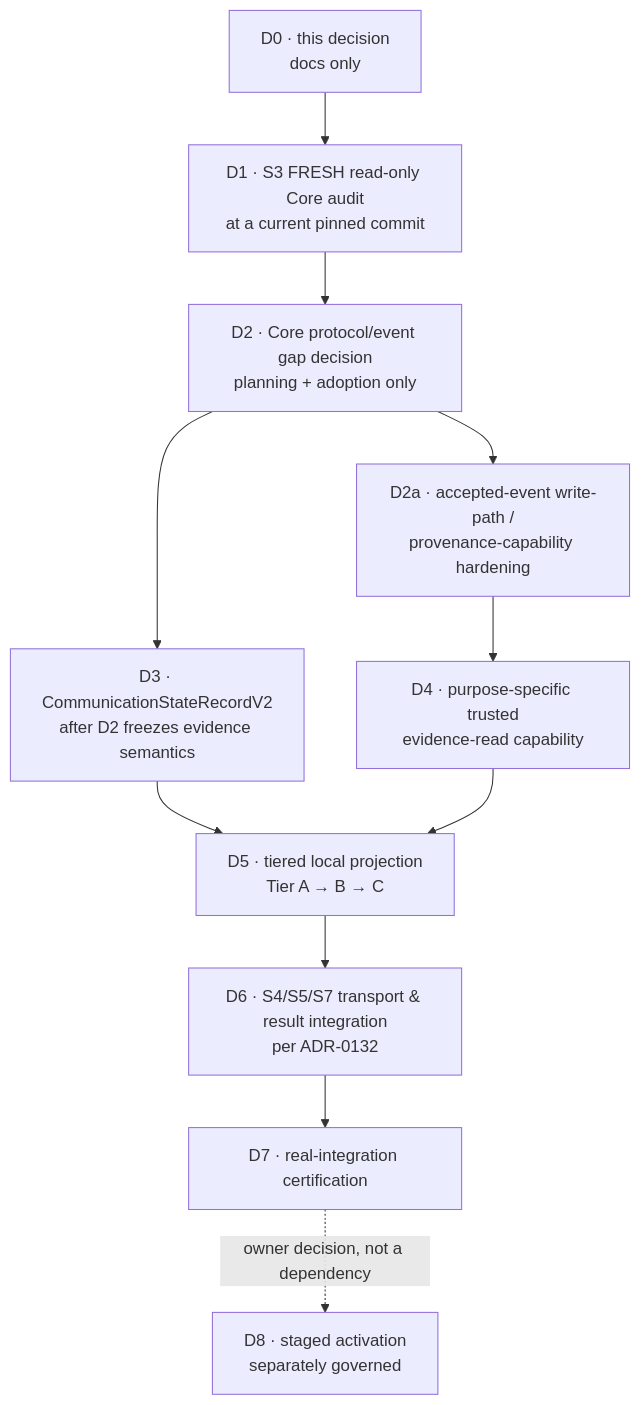
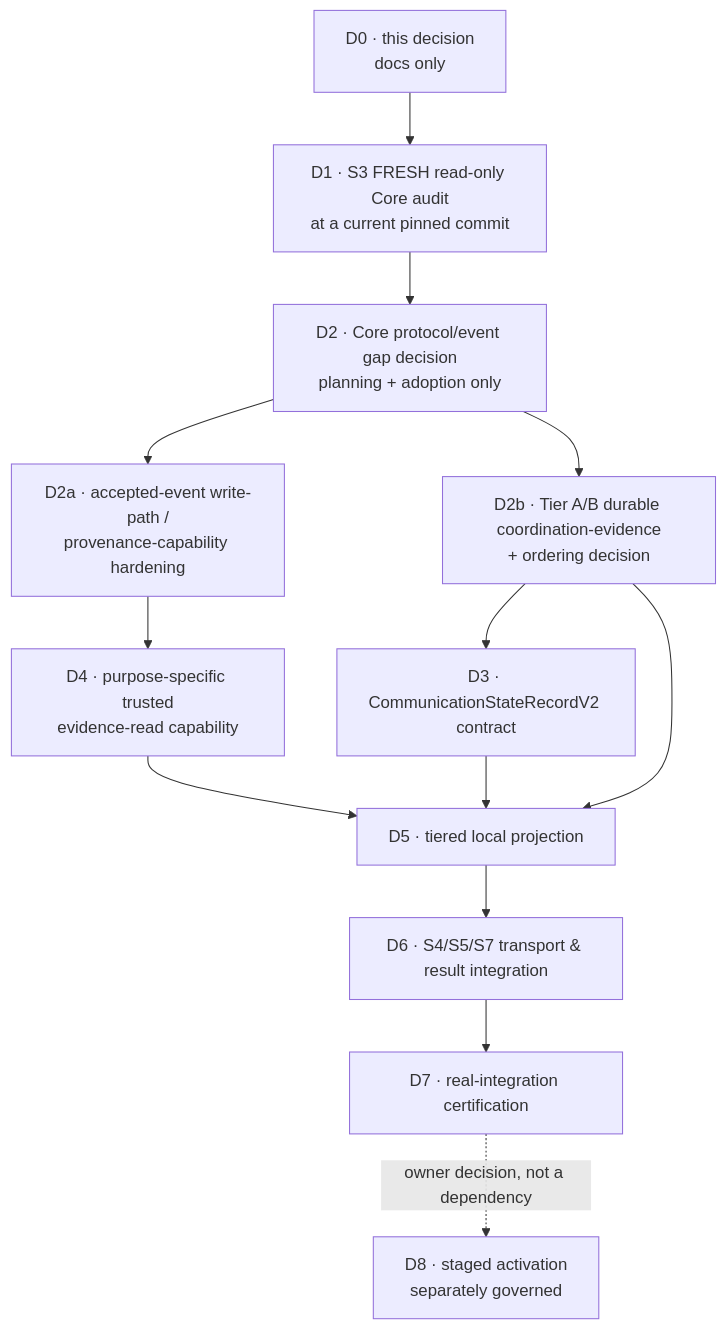
The diagram in docs/architecture/communication-state-projection-v2-design.md (quickfurno-maker/qf-jarvis), drawn with Mermaid before and after one commit. The commit also changed other lines of this file and 4 other files, not shown here.

````diff
--- a/docs/architecture/communication-state-projection-v2-design.md
+++ b/docs/architecture/communication-state-projection-v2-design.md
@@ -415,22 +469,25 @@
 ```mermaid
 flowchart TD
     D0["D0 · this decision<br/>docs only"]
     D1["D1 · S3 FRESH read-only Core audit<br/>at a current pinned commit"]
     D2["D2 · Core protocol/event gap decision<br/>planning + adoption only"]
     D2a["D2a · accepted-event write-path /<br/>provenance-capability hardening"]
-    D3["D3 · CommunicationStateRecordV2<br/>after D2 freezes evidence semantics"]
+    D2b["D2b · Tier A/B durable coordination-evidence<br/>+ ordering decision"]
+    D3["D3 · CommunicationStateRecordV2 contract"]
     D4["D4 · purpose-specific trusted<br/>evidence-read capability"]
-    D5["D5 · tiered local projection<br/>Tier A → B → C"]
-    D6["D6 · S4/S5/S7 transport &amp; result integration<br/>per ADR-0132"]
+    D5["D5 · tiered local projection"]
+    D6["D6 · S4/S5/S7 transport &amp; result integration"]
     D7["D7 · real-integration certification"]
     D8["D8 · staged activation<br/>separately governed"]
 
     D0 --> D1 --> D2
     D2 --> D2a
-    D2 --> D3
+    D2 --> D2b
+    D2b --> D3
     D2a --> D4
     D3 --> D5
     D4 --> D5
+    D2b --> D5
     D5 --> D6 --> D7
     D7 -.owner decision, not a dependency.-> D8
 ```
````
